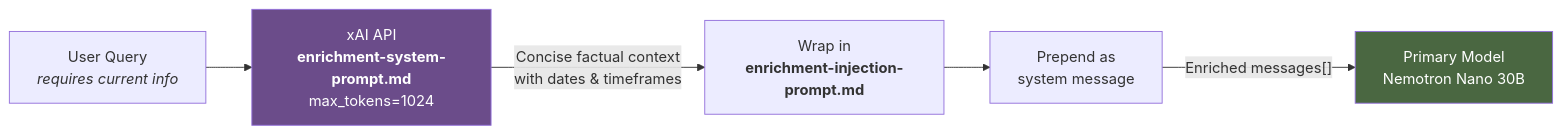
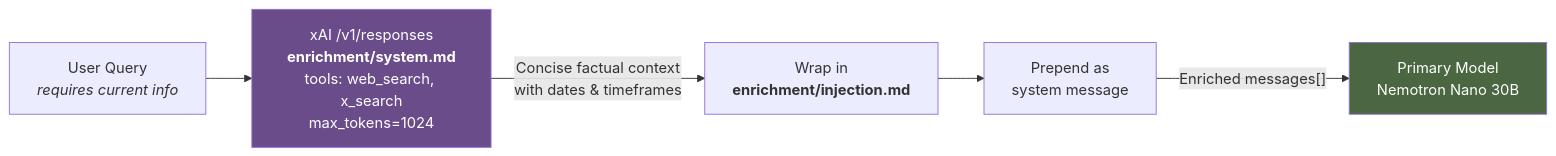
Before and after one commit to nominalgeek/ai-router: the second of 4 diagrams in docs/architecture.md, drawn with Mermaid. The commit also changed other lines of this file and 3 other files, not shown here.

````diff
--- a/docs/architecture.md
+++ b/docs/architecture.md
@@ -71,16 +79,16 @@
 ```mermaid
 flowchart LR
     Query[User Query<br/><i>requires current info</i>]
-    XAI_Enrich["xAI API<br/><b>enrichment-system-prompt.md</b><br/>max_tokens=1024"]
-    Template["Wrap in<br/><b>enrichment-injection-prompt.md</b>"]
+    XAI_Enrich["xAI /v1/responses<br/><b>enrichment/system.md</b><br/>tools: web_search, x_search<br/>max_tokens=1024"]
+    Template["Wrap in<br/><b>enrichment/injection.md</b>"]
     Prepend["Prepend as<br/>system message"]
     Primary["Primary Model<br/>Nemotron Nano 30B"]
 
     Query --> XAI_Enrich
     XAI_Enrich -->|"Concise factual context<br/>with dates & timeframes"| Template
     Template --> Prepend
     Prepend -->|"Enriched messages[]"| Primary
 
     style XAI_Enrich fill:#6b4c8a,color:#fff
     style Primary fill:#4a6741,color:#fff
 ```
````
